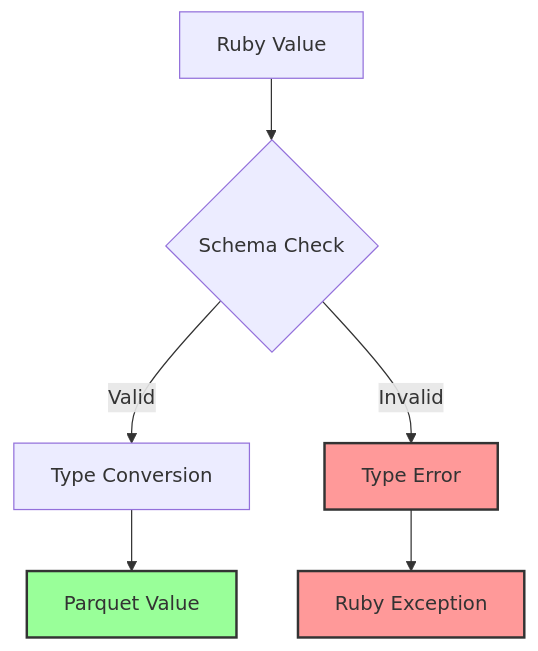
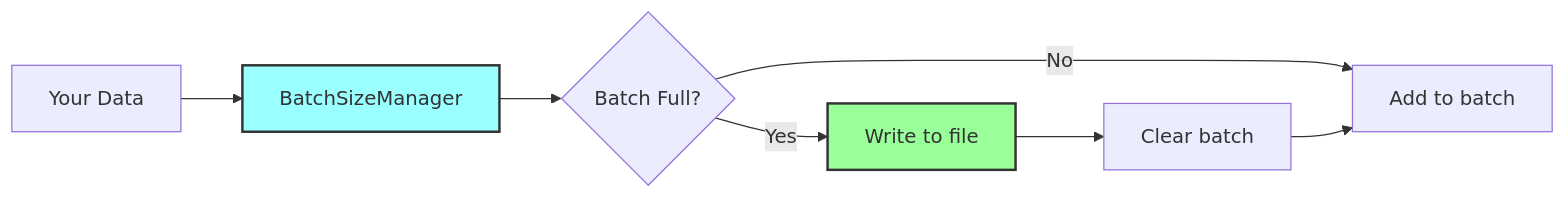
One commit to njaremko/parquet-ruby changed the fifth of 6 diagrams in ARCH.md. Above: the diagram before and after it, drawn with Mermaid. The commit also changed other lines of this file and 1 other file, not shown here.

````diff
--- a/ARCH.md
+++ b/ARCH.md
@@ -560,12 +306,12 @@
 ```mermaid
-graph TD
-    A[Ruby Value] --> B{Schema Check}
-    B -->|Valid| C[Type Conversion]
-    B -->|Invalid| D[Type Error]
-    C --> E[Parquet Value]
-    D --> F[Ruby Exception]
+flowchart LR
+    A[Your Data] --> B[BatchSizeManager]
+    B --> C{Batch Full?}
+    C -->|No| D[Add to batch]
+    C -->|Yes| E[Write to file]
+    E --> F[Clear batch]
+    F --> D
 
-    style D fill:#f99,stroke:#333,stroke-width:2px
-    style F fill:#f99,stroke:#333,stroke-width:2px
+    style B fill:#9ff,stroke:#333,stroke-width:2px
     style E fill:#9f9,stroke:#333,stroke-width:2px
 ```
````
